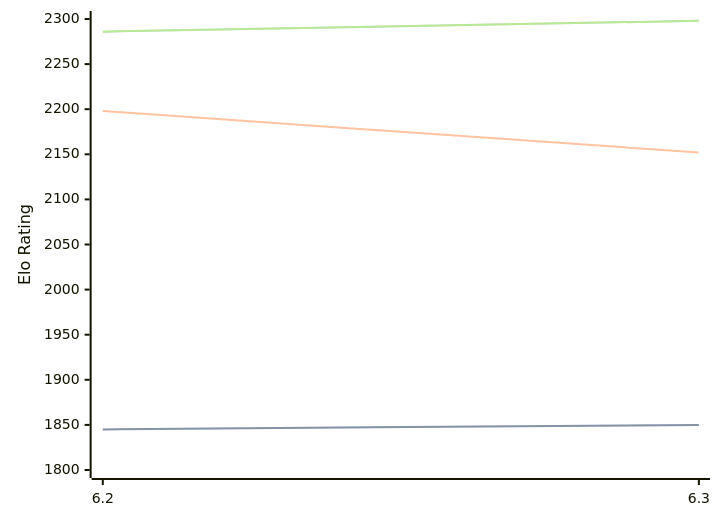
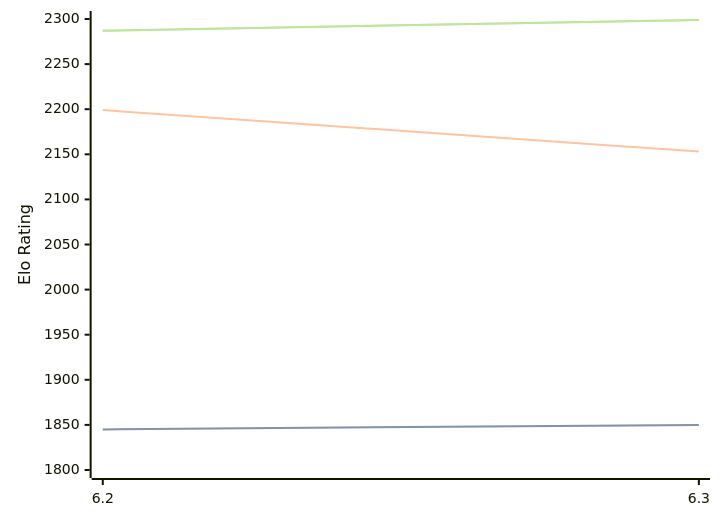
The third of 3 diagrams in engines/chess4j.md (computer-chess-index/cci), drawn with Mermaid before and after one commit. The commit also changed other lines of this file, not shown here.

Commit message:
Update CCI Ratings (ELO VLTC) - 2026-06-30

````diff
--- a/engines/chess4j.md
+++ b/engines/chess4j.md
@@ -71,11 +71,11 @@
 ```mermaid
 %%{init: {"theme":"base","themeVariables":{"seriesColors:['#a3a3a3','#222221','#faa371']}}}%%
 xychart-beta
   x-axis ["6.2", "6.3"]
   y-axis "Elo Rating" 1800 --> 2300
   line "STC (8.0+0.08s)" [1845, 1850]
   line "STC (8.0+0.08s)" [1845, 1850]
-  line "LTC (60.0+0.60s)" [2198, 2152]
-  line "VLTC (2m24s+1.12s)" [2286, 2298]
-  line "VLTC (2m24s+1.12s)" [2286, 2298]
+  line "LTC (60.0+0.60s)" [2199, 2153]
+  line "VLTC (2m24s+1.12s)" [2287, 2299]
+  line "VLTC (2m24s+1.12s)" [2287, 2299]
 ```
````
